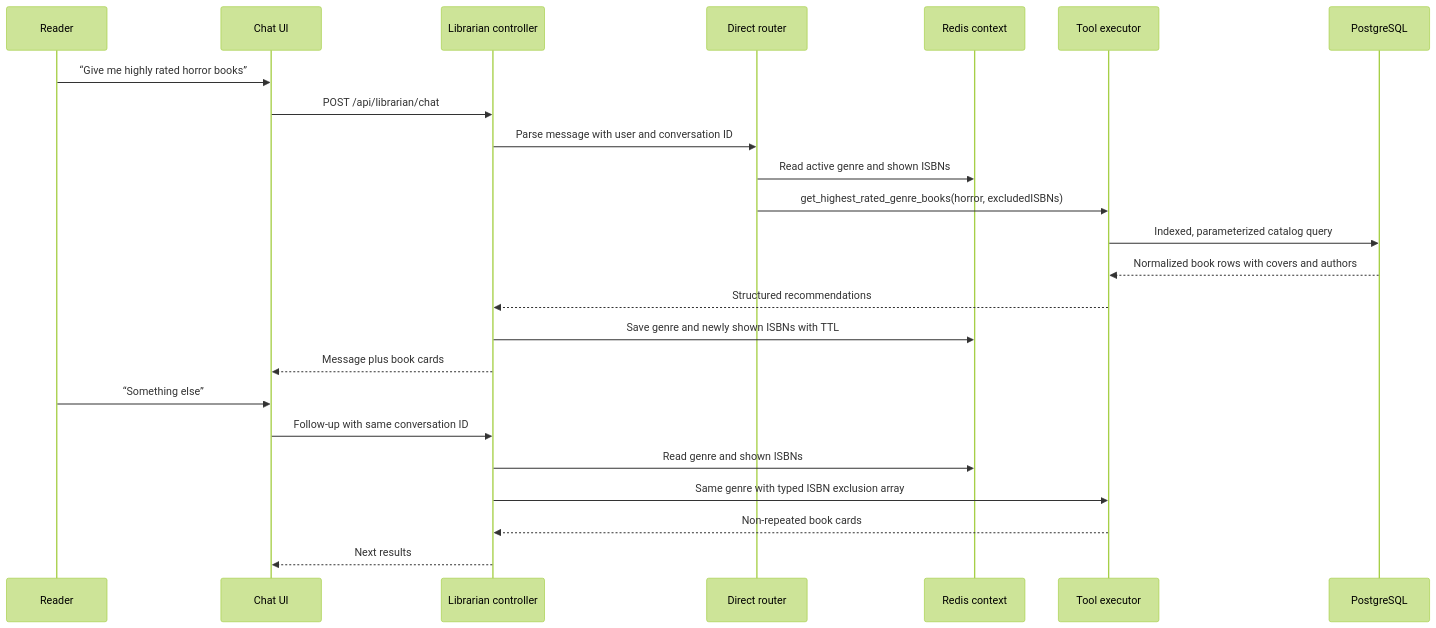
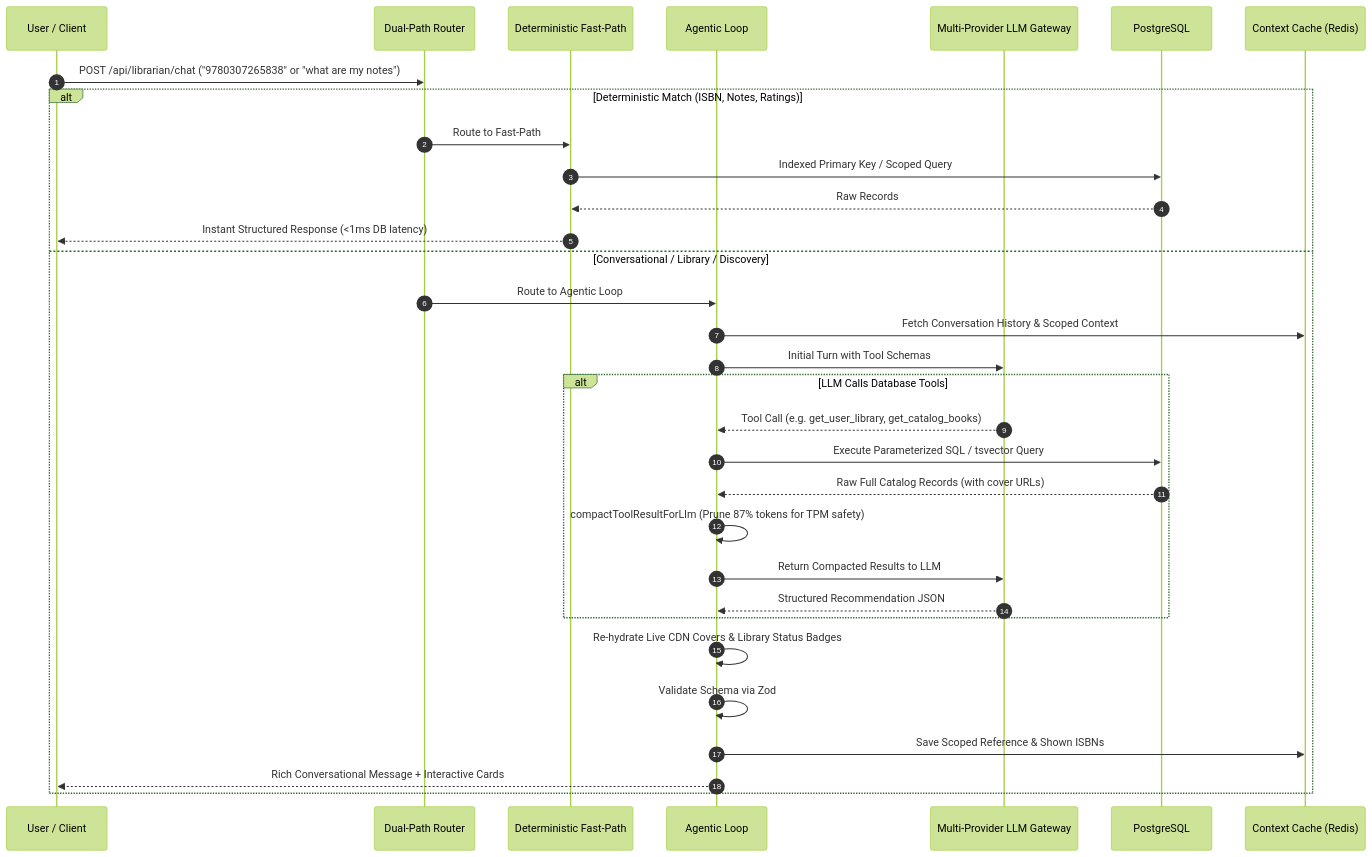
Before and after one commit to v0id-X/buqs-server: the second of 2 diagrams in README.md, drawn with Mermaid (forest theme). The commit also changed other lines of this file and 19 other files, not shown here.

Commit message:
feat(librarian): replace regex router with agentic tool-calling, multi-provider LLM gateway, and personal library tools

````diff
--- a/README.md
+++ b/README.md
@@ -123,27 +93,38 @@
 ```mermaid
 sequenceDiagram
-  participant U as Reader
-  participant UI as Chat UI
-  participant LC as Librarian controller
-  participant LR as Direct router
-  participant CTX as Redis context
-  participant TE as Tool executor
+  autonumber
+  participant U as User / Client
+  participant R as Dual-Path Router
+  participant D as Deterministic Fast-Path
+  participant A as Agentic Loop
+  participant G as Multi-Provider LLM Gateway
   participant DB as PostgreSQL
+  participant C as Context Cache (Redis)
 
-  U->>UI: “Give me highly rated horror books”
-  UI->>LC: POST /api/librarian/chat
-  LC->>LR: Parse message with user and conversation ID
-  LR->>CTX: Read active genre and shown ISBNs
-  LR->>TE: get_highest_rated_genre_books(horror, excludedISBNs)
-  TE->>DB: Indexed, parameterized catalog query
-  DB-->>TE: Normalized book rows with covers and authors
-  TE-->>LC: Structured recommendations
-  LC->>CTX: Save genre and newly shown ISBNs with TTL
-  LC-->>UI: Message plus book cards
-  U->>UI: “Something else”
-  UI->>LC: Follow-up with same conversation ID
-  LC->>CTX: Read genre and shown ISBNs
-  LC->>TE: Same genre with typed ISBN exclusion array
-  TE-->>LC: Non-repeated book cards
-  LC-->>UI: Next results
+  U->>R: POST /api/librarian/chat ("9780307265838" or "what are my notes")
+  
+  alt Deterministic Match (ISBN, Notes, Ratings)
+    R->>D: Route to Fast-Path
+    D->>DB: Indexed Primary Key / Scoped Query
+    DB-->>D: Raw Records
+    D-->>U: Instant Structured Response (<1ms DB latency)
+  else Conversational / Library / Discovery
+    R->>A: Route to Agentic Loop
+    A->>C: Fetch Conversation History & Scoped Context
+    A->>G: Initial Turn with Tool Schemas
+    
+    alt LLM Calls Database Tools
+      G-->>A: Tool Call (e.g. get_user_library, get_catalog_books)
+      A->>DB: Execute Parameterized SQL / tsvector Query
+      DB-->>A: Raw Full Catalog Records (with cover URLs)
+      A->>A: compactToolResultForLlm (Prune 87% tokens for TPM safety)
+      A->>G: Return Compacted Results to LLM
+      G-->>A: Structured Recommendation JSON
+    end
+    
+    A->>A: Re-hydrate Live CDN Covers & Library Status Badges
+    A->>A: Validate Schema via Zod
+    A->>C: Save Scoped Reference & Shown ISBNs
+    A-->>U: Rich Conversational Message + Interactive Cards
+  end
 ```
````
